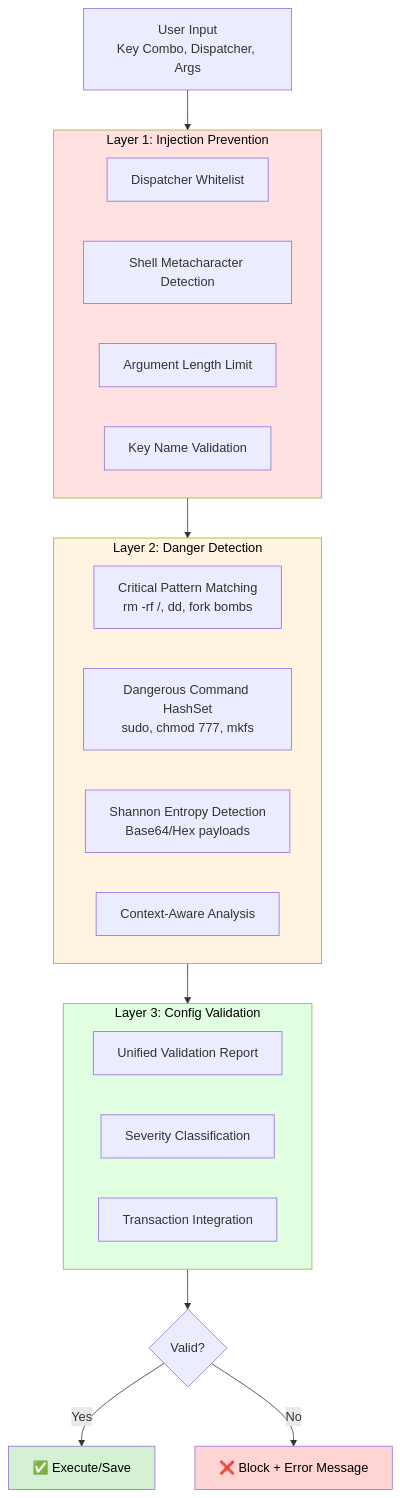
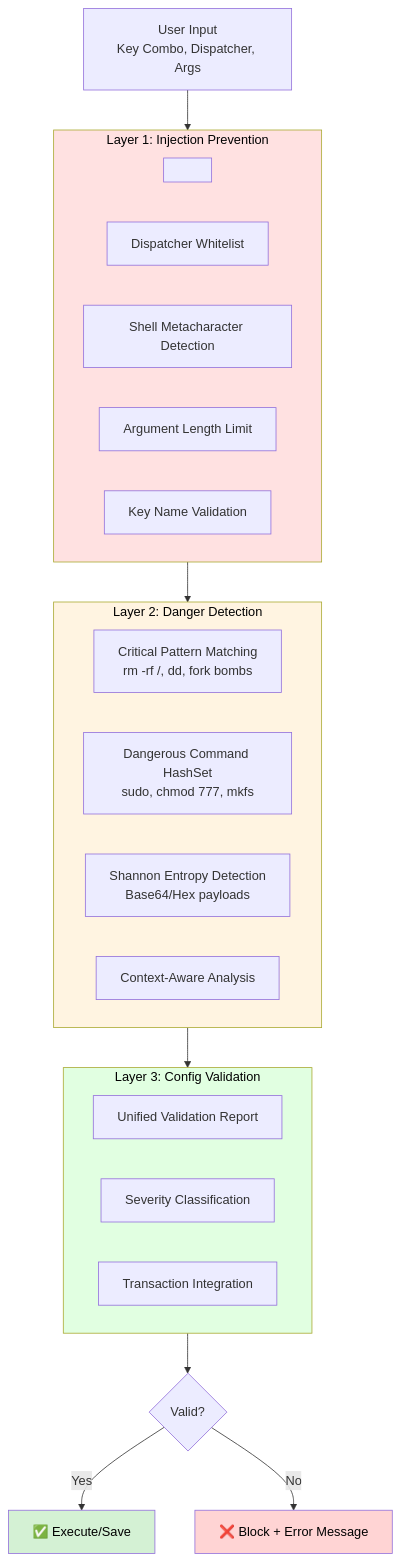
One commit to tidynest/hypr-keybind-manager changed the diagram in SECURITY.md. Above: the diagram before and after it, drawn with Mermaid.

Commit message:
Fix formatting in SECURITY.md for Layer 1 section

````diff
--- a/SECURITY.md
+++ b/SECURITY.md
@@ -54,37 +54,38 @@
 ```mermaid
 graph TB
     Input[User Input<br/>Key Combo, Dispatcher, Args]
 
-    subgraph Layer1 [Layer 1: Injection Prevention<br/><br/>]
+    subgraph Layer1 [Layer 1: Injection Prevention]
+        Spacer1[ ]
         WhitelistCheck[Dispatcher Whitelist]
         MetacharCheck[Shell Metacharacter Detection]
         LengthCheck[Argument Length Limit]
         KeyValidation[Key Name Validation]
     end
 
     subgraph Layer2 [Layer 2: Danger Detection<br/><br/>]
         PatternMatch[Critical Pattern Matching<br/>rm -rf /, dd, fork bombs]
         DangerHash[Dangerous Command HashSet<br/>sudo, chmod 777, mkfs]
         EntropyDetect[Shannon Entropy Detection<br/>Base64/Hex payloads]
         ContextAnalysis[Context-Aware Analysis]
     end
 
     subgraph Layer3 [Layer 3: Config Validation<br/><br/>]
         UnifiedReport[Unified Validation Report]
         SeverityCheck[Severity Classification]
         TransactionGuard[Transaction Integration]
     end
 
     Input --> Layer1
     Layer1 --> Layer2
     Layer2 --> Layer3
     Layer3 --> Decision{Valid?}
     Decision -->|Yes| Accept[✅ Execute/Save]
     Decision -->|No| Reject[❌ Block + Error Message]
 
     style Layer1 fill:#ffe1e1,color:#000
     style Layer2 fill:#fff4e1,color:#000
     style Layer3 fill:#e1ffe1,color:#000
     style Accept fill:#d4f1d4,color:#000
     style Reject fill:#ffd4d4,color:#000
 ```
````
